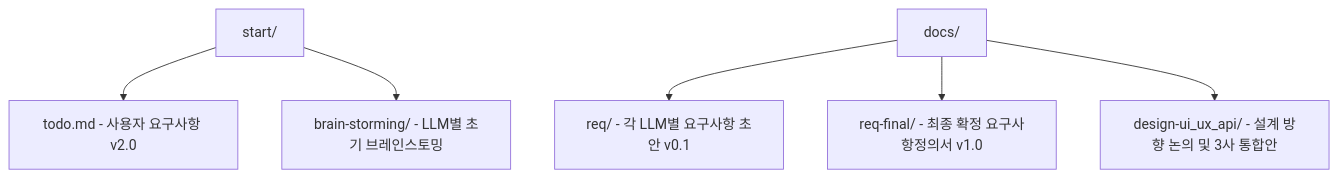
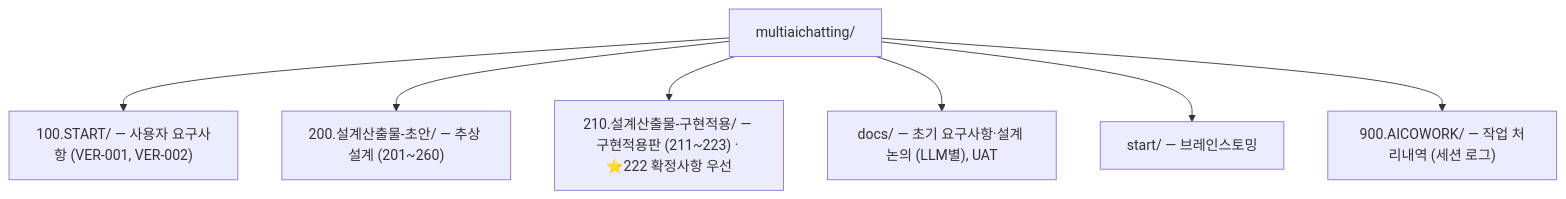
One commit to shimhaekwon/multiaichatting changed the first of 2 diagrams in readme.md. Above: the diagram before and after it, drawn with Mermaid. The commit also changed other lines of this file, not shown here.

````diff
--- a/readme.md
+++ b/readme.md
@@ -21,9 +35,10 @@
 ```mermaid
 graph TD
-    START["start/"] --> TODO["todo.md - 사용자 요구사항 v2.0"]
-    START --> BS["brain-storming/ - LLM별 초기 브레인스토밍"]
-    
-    DOCS["docs/"] --> REQ["req/ - 각 LLM별 요구사항 초안 v0.1"]
-    DOCS --> REQ_FINAL["req-final/ - 최종 확정 요구사항정의서 v1.0"]
-    DOCS --> DESIGN["design-ui_ux_api/ - 설계 방향 논의 및 3사 통합안"]
+    ROOT["multiaichatting/"]
+    ROOT --> S100["100.START/ — 사용자 요구사항 (VER-001, VER-002)"]
+    ROOT --> S200["200.설계산출물-초안/ — 추상 설계 (201~260)"]
+    ROOT --> S210["210.설계산출물-구현적용/ — 구현적용판 (211~223) · ⭐222 확정사항 우선"]
+    ROOT --> DOCS["docs/ — 초기 요구사항·설계 논의 (LLM별), UAT"]
+    ROOT --> START["start/ — 브레인스토밍"]
+    ROOT --> AICO["900.AICOWORK/ — 작업 처리내역 (세션 로그)"]
 ```
````
